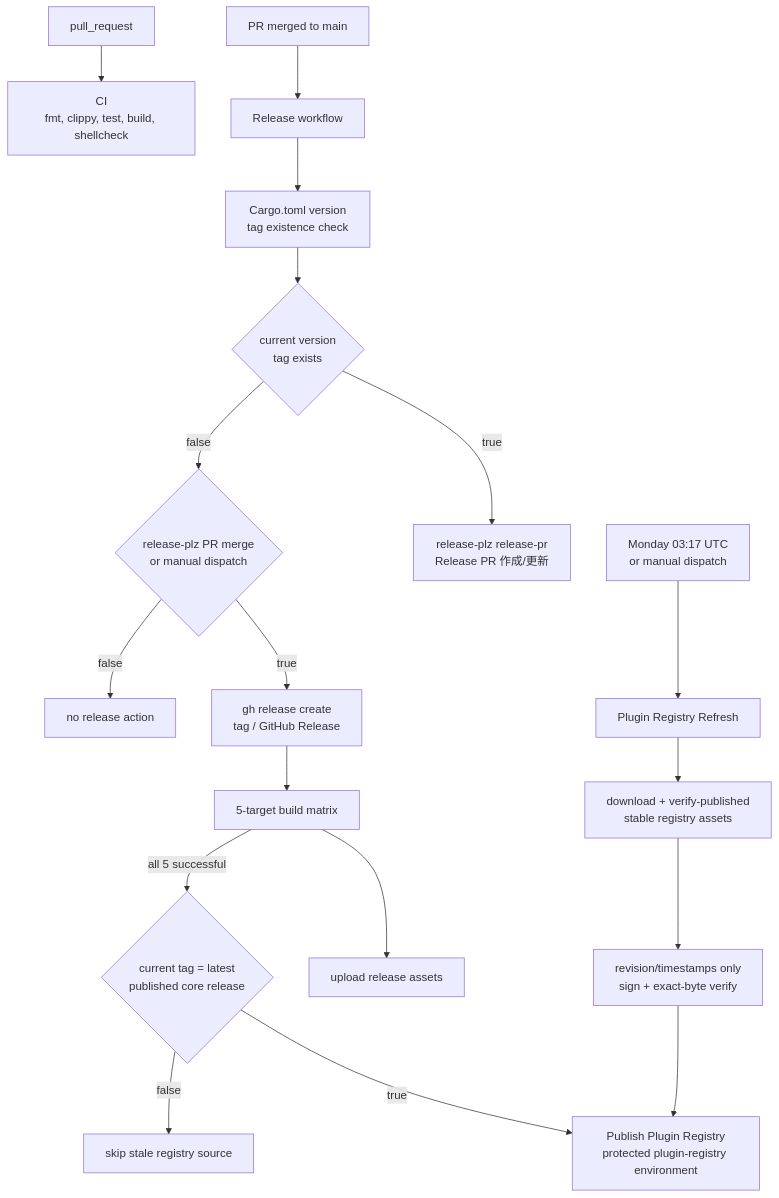
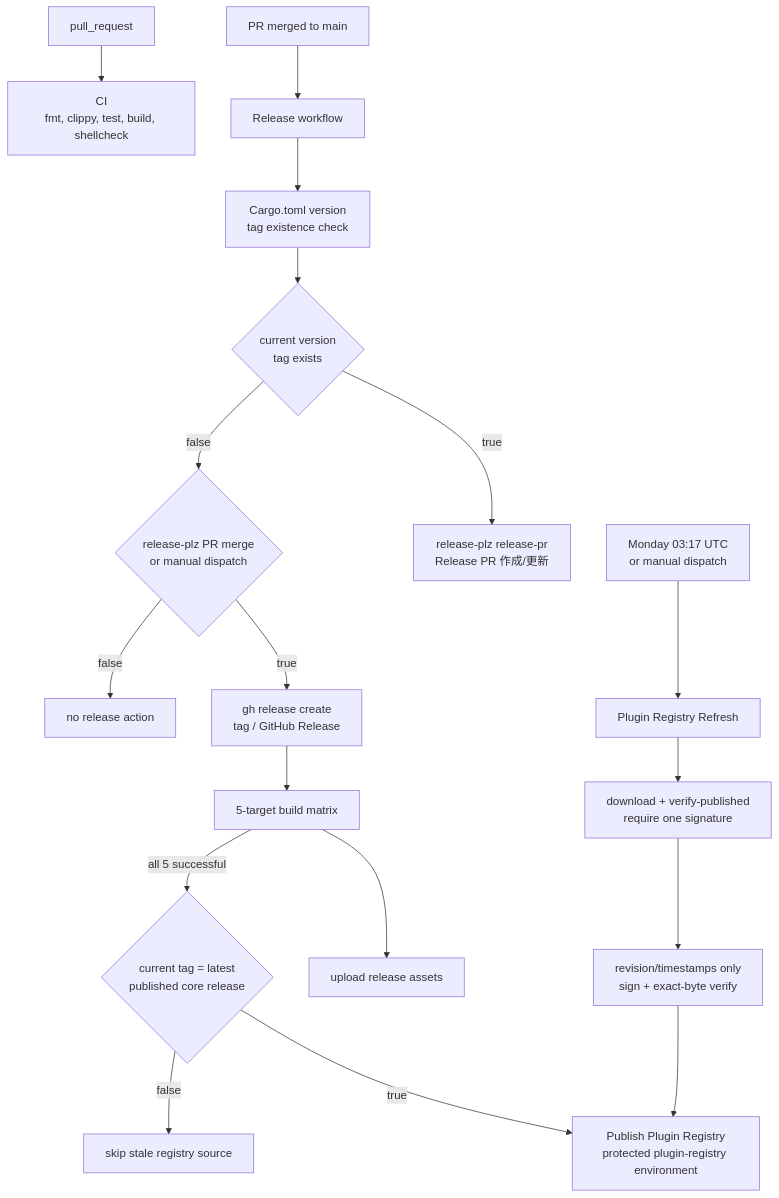
One commit to rurusasu/article-collector changed the diagram in docs/ci-cd/README.md. Above: the diagram before and after it, drawn with Mermaid. The commit also changed other lines of this file and 5 other files, not shown here.

````diff
--- a/docs/ci-cd/README.md
+++ b/docs/ci-cd/README.md
@@ -10,20 +10,20 @@
 ```mermaid
 graph TB
   pr["pull_request"] --> ci["CI<br/>fmt, clippy, test, build, shellcheck"]
   merge["PR merged to main"] --> release["Release workflow"]
   release --> tagcheck["Cargo.toml version<br/>tag existence check"]
   tagcheck --> exists{"current version<br/>tag exists"}
   exists -->|true| rp["release-plz release-pr<br/>Release PR 作成/更新"]
   exists -->|false| requested{"release-plz PR merge<br/>or manual dispatch"}
   requested -->|true| publish["gh release create<br/>tag / GitHub Release"]
   requested -->|false| noop["no release action"]
   publish --> build["5-target build matrix"]
   build --> upload["upload release assets"]
   build -->|all 5 successful| sourceorder{"current tag = latest<br/>published core release"}
   sourceorder -->|true| registry["Publish Plugin Registry<br/>protected plugin-registry environment"]
   sourceorder -->|false| stale["skip stale registry source"]
   timer["Monday 03:17 UTC<br/>or manual dispatch"] --> refresh["Plugin Registry Refresh"]
-  refresh --> authenticate["download + verify-published<br/>stable registry assets"]
+  refresh --> authenticate["download + verify-published<br/>require one signature"]
   authenticate --> resign["revision/timestamps only<br/>sign + exact-byte verify"]
   resign --> registry
 ```
````
